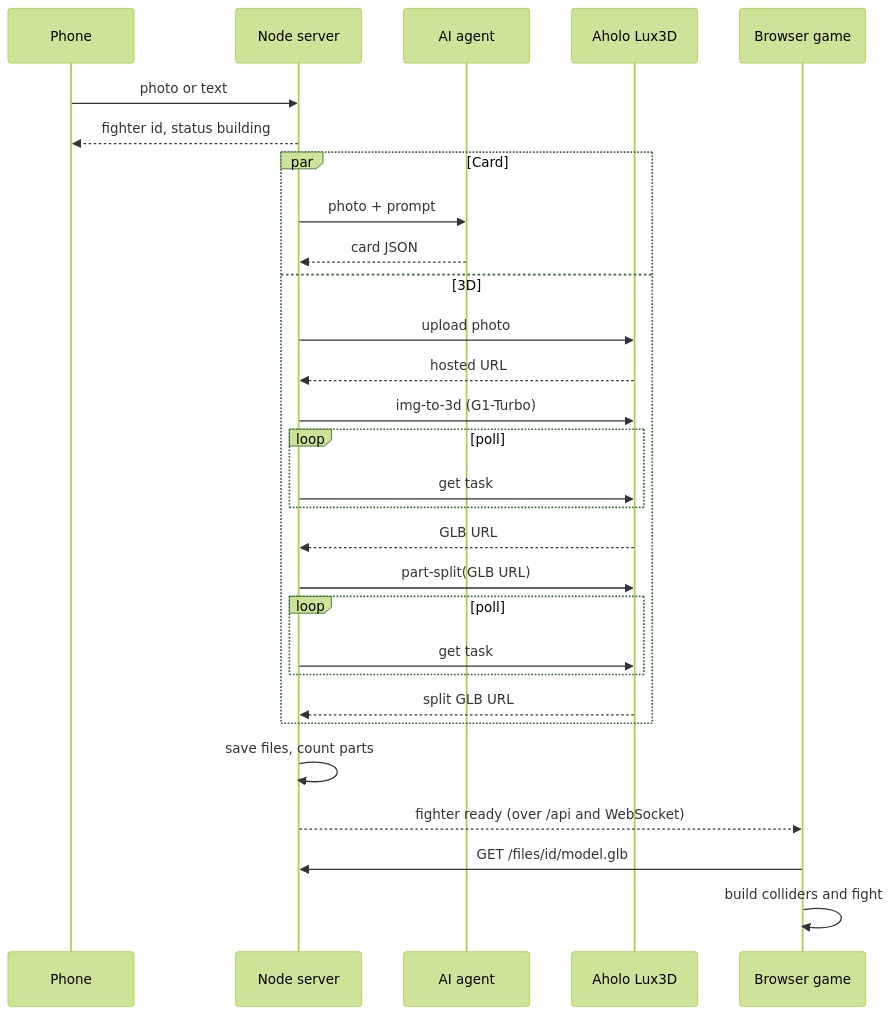
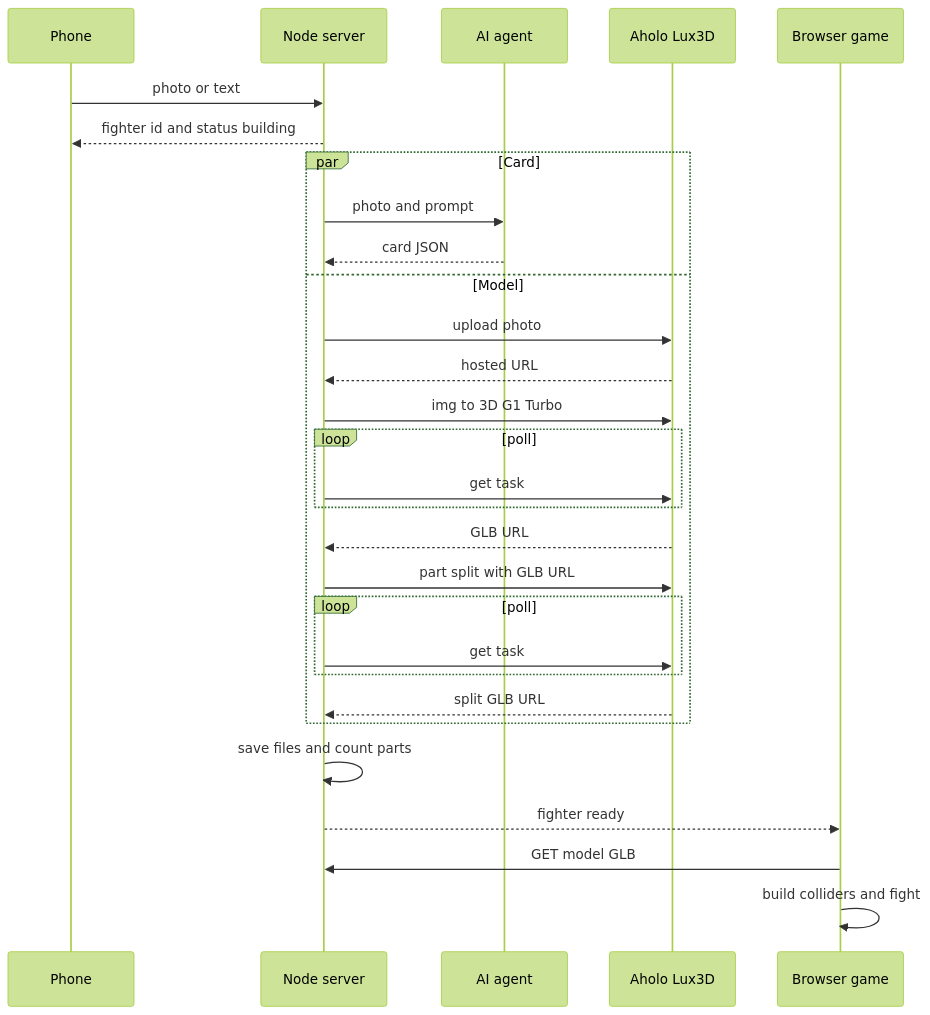
The second of 3 diagrams in README.md (Prasannaverse13/Junk-Drawer-Arena), drawn with Mermaid (forest theme) before and after one commit. The commit also changed other lines of this file, not shown here.

First line of the commit message:
Fix README mermaid diagrams for GitHub rendering

````diff
--- a/README.md
+++ b/README.md
@@ -87,32 +87,32 @@
 ```mermaid
 sequenceDiagram
     participant Phone
     participant Server as Node server
     participant Agent as AI agent
     participant Lux as Aholo Lux3D
     participant Game as Browser game
 
     Phone->>Server: photo or text
-    Server-->>Phone: fighter id, status building
+    Server-->>Phone: fighter id and status building
     par Card
-        Server->>Agent: photo + prompt
+        Server->>Agent: photo and prompt
         Agent-->>Server: card JSON
-    and 3D
+    and Model
         Server->>Lux: upload photo
         Lux-->>Server: hosted URL
-        Server->>Lux: img-to-3d (G1-Turbo)
+        Server->>Lux: img to 3D G1 Turbo
         loop poll
             Server->>Lux: get task
         end
         Lux-->>Server: GLB URL
-        Server->>Lux: part-split(GLB URL)
+        Server->>Lux: part split with GLB URL
         loop poll
             Server->>Lux: get task
         end
         Lux-->>Server: split GLB URL
     end
-    Server->>Server: save files, count parts
-    Server-->>Game: fighter ready (over /api and WebSocket)
-    Game->>Server: GET /files/id/model.glb
+    Server->>Server: save files and count parts
+    Server-->>Game: fighter ready
+    Game->>Server: GET model GLB
     Game->>Game: build colliders and fight
 ```
````
